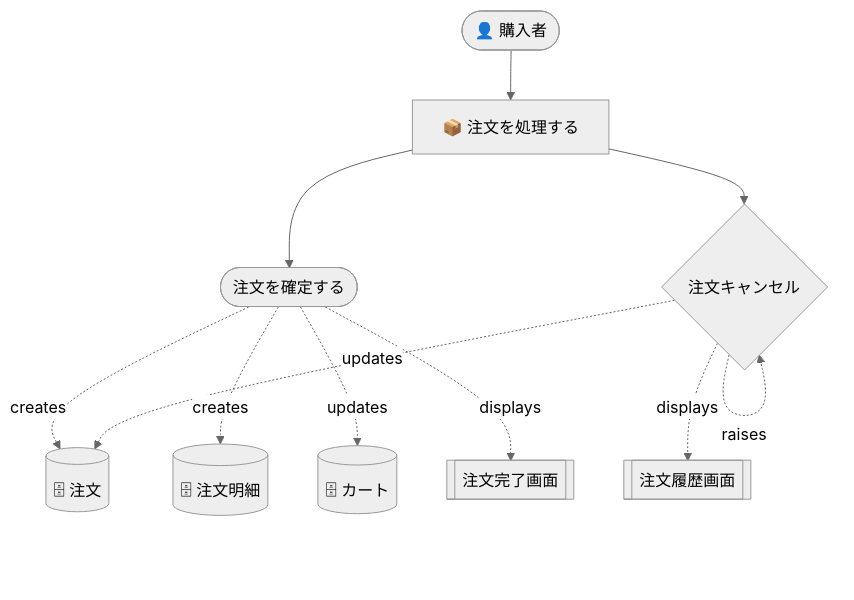
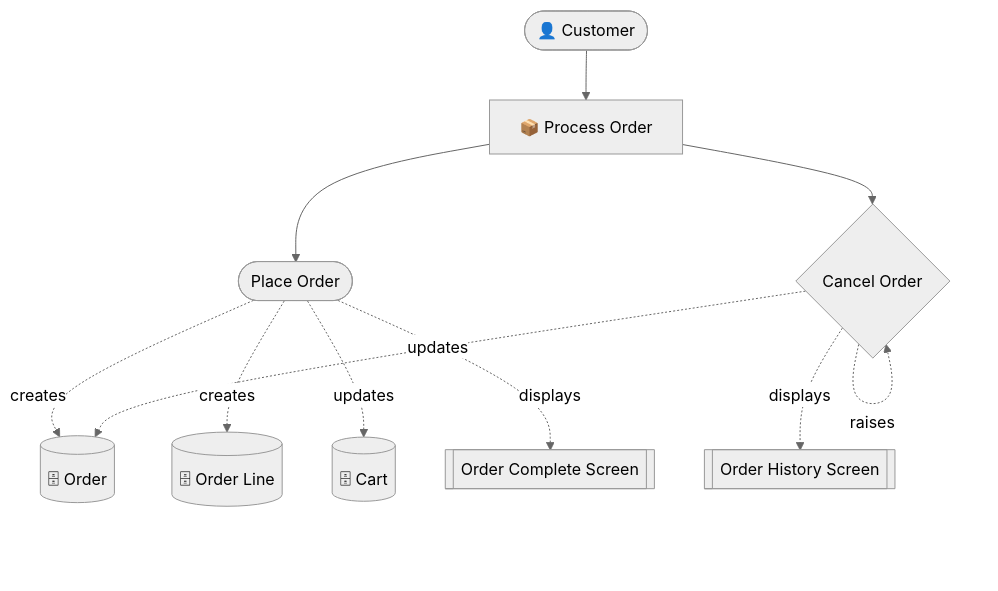
One commit to manji-0/rdra-ish-dsl changed the third of 4 diagrams in README.md. Above: the diagram before and after it, drawn with Mermaid (neutral theme). The commit also changed other lines of this file and 15 other files, not shown here.

````diff
--- a/README.md
+++ b/README.md
@@ -363,23 +422,23 @@
 ```mermaid
 graph TD
-  Customer(["👤 購入者"])
-  Cancel(["注文をキャンセルする"])
-  PlaceOrder(["注文を確定する"])
-  BucOrder["📦 注文を処理する"]
-  Order[("🗄 注文")]
-  OrderLine[("🗄 注文明細")]
-  Cart[("🗄 カート")]
-  OrderCompleteScreen[["注文完了画面"]]
-  OrderHistoryScreen[["注文履歴画面"]]
-  Cancel{"注文キャンセル"}
+  Customer(["👤 Customer"])
+  Cancel(["Cancel Order"])
+  PlaceOrder(["Place Order"])
+  BucOrder["📦 Process Order"]
+  Order[("🗄 Order")]
+  OrderLine[("🗄 Order Line")]
+  Cart[("🗄 Cart")]
+  OrderCompleteScreen[["Order Complete Screen"]]
+  OrderHistoryScreen[["Order History Screen"]]
+  Cancel{"Cancel Order"}
   Customer --> BucOrder
   BucOrder --> PlaceOrder
   BucOrder --> Cancel
   PlaceOrder -.->|creates| Order
   PlaceOrder -.->|creates| OrderLine
   PlaceOrder -.->|updates| Cart
   PlaceOrder -.->|displays| OrderCompleteScreen
   Cancel -.->|updates| Order
   Cancel -.->|raises| Cancel
   Cancel -.->|displays| OrderHistoryScreen
 ```
````
